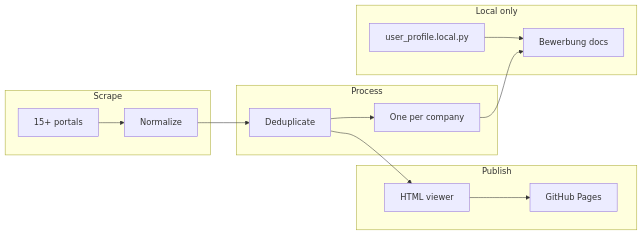
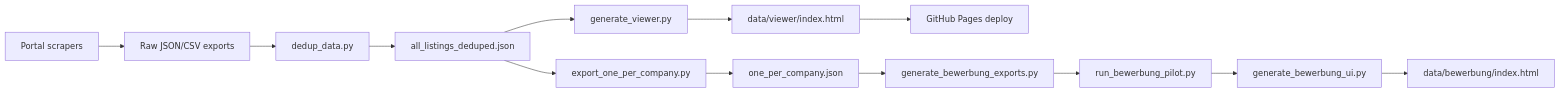
Before and after one commit to Acimdamero/ausbildung-scraper: the second of 2 diagrams in README.md, drawn with Mermaid. The commit also changed other lines of this file and 5 other files, not shown here.

First line of the commit message:
Reorganize GitHub documentation in English and German.

````diff
--- a/README.md
+++ b/README.md
@@ -65,23 +147,15 @@
 ```mermaid
 flowchart LR
-    subgraph scrape [Scrape]
-        P1[15+ portals]
-        P2[Normalize]
-    end
-    subgraph process [Process]
-        D[Deduplicate]
-        O[One per company]
-    end
-    subgraph publish [Publish]
-        V[HTML viewer]
-        GP[GitHub Pages]
-    end
-    subgraph local [Local only]
-        BP[user_profile.local.py]
-        BG[Bewerbung docs]
-    end
-    P1 --> P2 --> D --> O
-    D --> V --> GP
-    O --> BG
-    BP --> BG
+    A[Portal scrapers] --> B[Raw JSON/CSV exports]
+    B --> C[dedup_data.py]
+    C --> D[all_listings_deduped.json]
+    D --> E[generate_viewer.py]
+    E --> F[data/viewer/index.html]
+    F --> G[GitHub Pages deploy]
+    D --> H[export_one_per_company.py]
+    H --> I[one_per_company.json]
+    I --> J[generate_bewerbung_exports.py]
+    J --> K[run_bewerbung_pilot.py]
+    K --> L[generate_bewerbung_ui.py]
+    L --> M[data/bewerbung/index.html]
 ```
````
